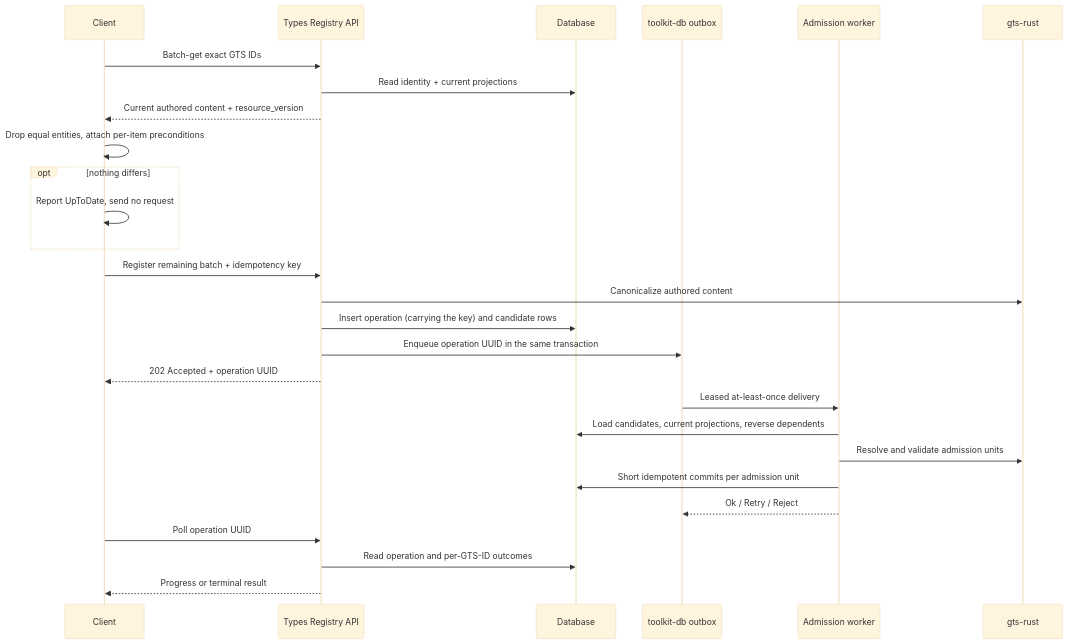
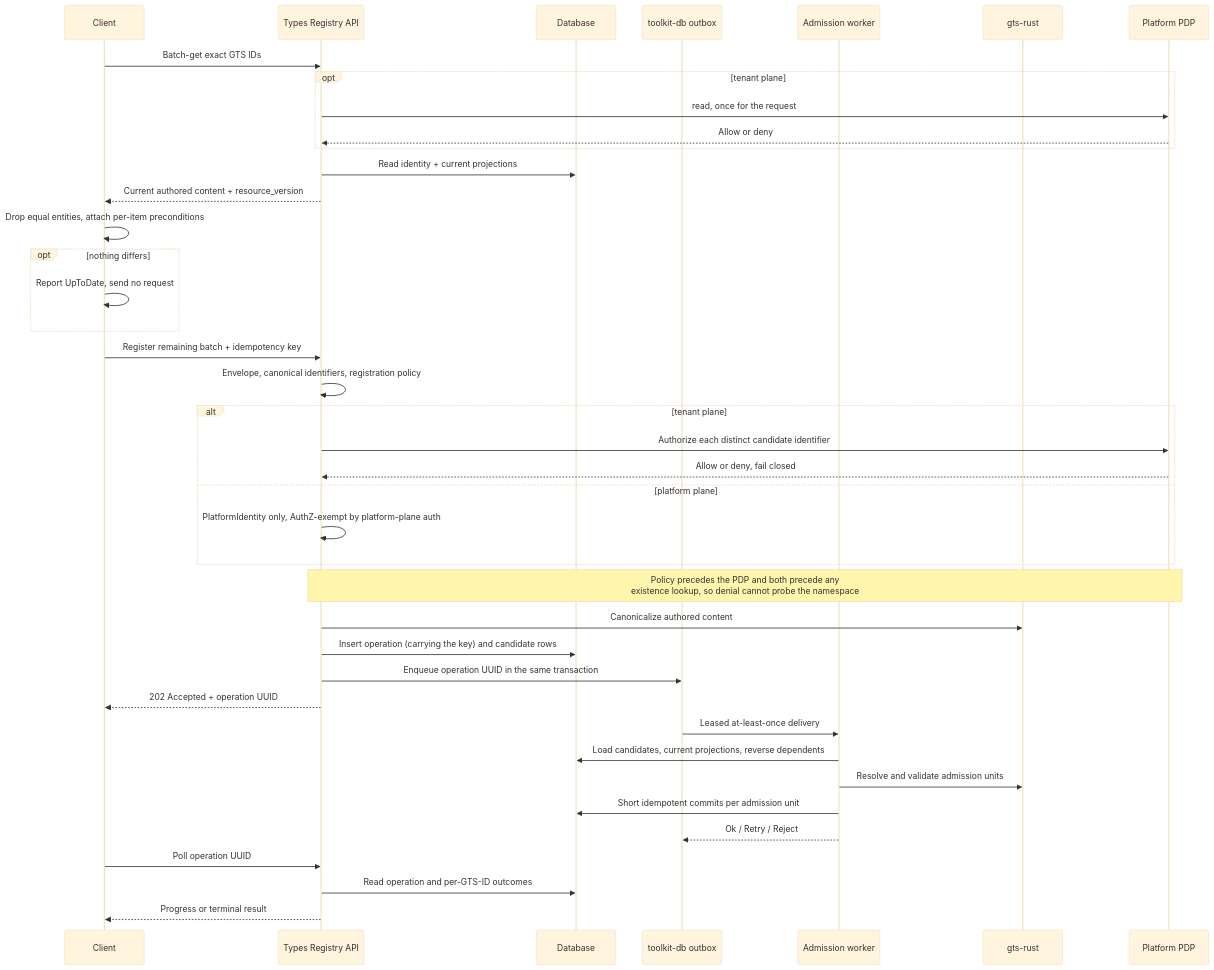
One commit to Andrei-Iliushin-Constructor/gears-rust changed the fourth of 6 diagrams in gears/system/types-registry/docs/DESIGN.md. Above: the diagram before and after it, drawn with Mermaid (base theme). The commit also changed other lines of this file and 4 other files, not shown here.

````diff
--- a/gears/system/types-registry/docs/DESIGN.md
+++ b/gears/system/types-registry/docs/DESIGN.md
@@ -1697,30 +1766,43 @@
 ```mermaid
 sequenceDiagram
     participant C as Client
     participant A as Types Registry API
     participant D as Database
     participant O as toolkit-db outbox
     participant W as Admission worker
     participant G as gts-rust
+    participant Z as Platform PDP
 
     C->>A: Batch-get exact GTS IDs
+    opt tenant plane
+        A->>Z: read, once for the request
+        Z-->>A: Allow or deny
+    end
     A->>D: Read identity + current projections
     A-->>C: Current authored content + resource_version
     C->>C: Drop equal entities, attach per-item preconditions
     opt nothing differs
         C->>C: Report UpToDate, send no request
     end
     C->>A: Register remaining batch + idempotency key
+    A->>A: Envelope, canonical identifiers, registration policy
+    alt tenant plane
+        A->>Z: Authorize each distinct candidate identifier
+        Z-->>A: Allow or deny, fail closed
+    else platform plane
+        A->>A: PlatformIdentity only, AuthZ-exempt by platform-plane auth
+    end
+    Note over A,Z: Policy precedes the PDP and both precede any<br/>existence lookup, so denial cannot probe the namespace
     A->>G: Canonicalize authored content
     A->>D: Insert operation (carrying the key) and candidate rows
     A->>O: Enqueue operation UUID in the same transaction
     A-->>C: 202 Accepted + operation UUID
     O->>W: Leased at-least-once delivery
     W->>D: Load candidates, current projections, reverse dependents
     W->>G: Resolve and validate admission units
     W->>D: Short idempotent commits per admission unit
     W-->>O: Ok / Retry / Reject
     C->>A: Poll operation UUID
     A->>D: Read operation and per-GTS-ID outcomes
     A-->>C: Progress or terminal result
 ```
````
